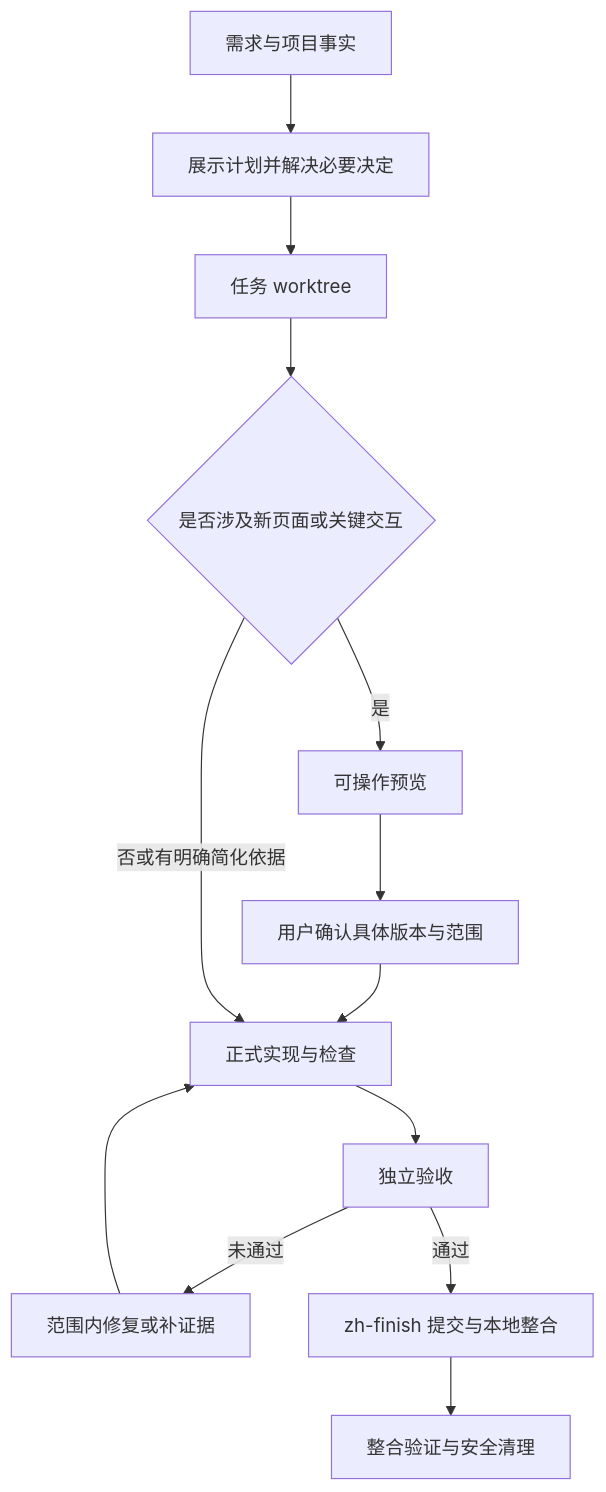
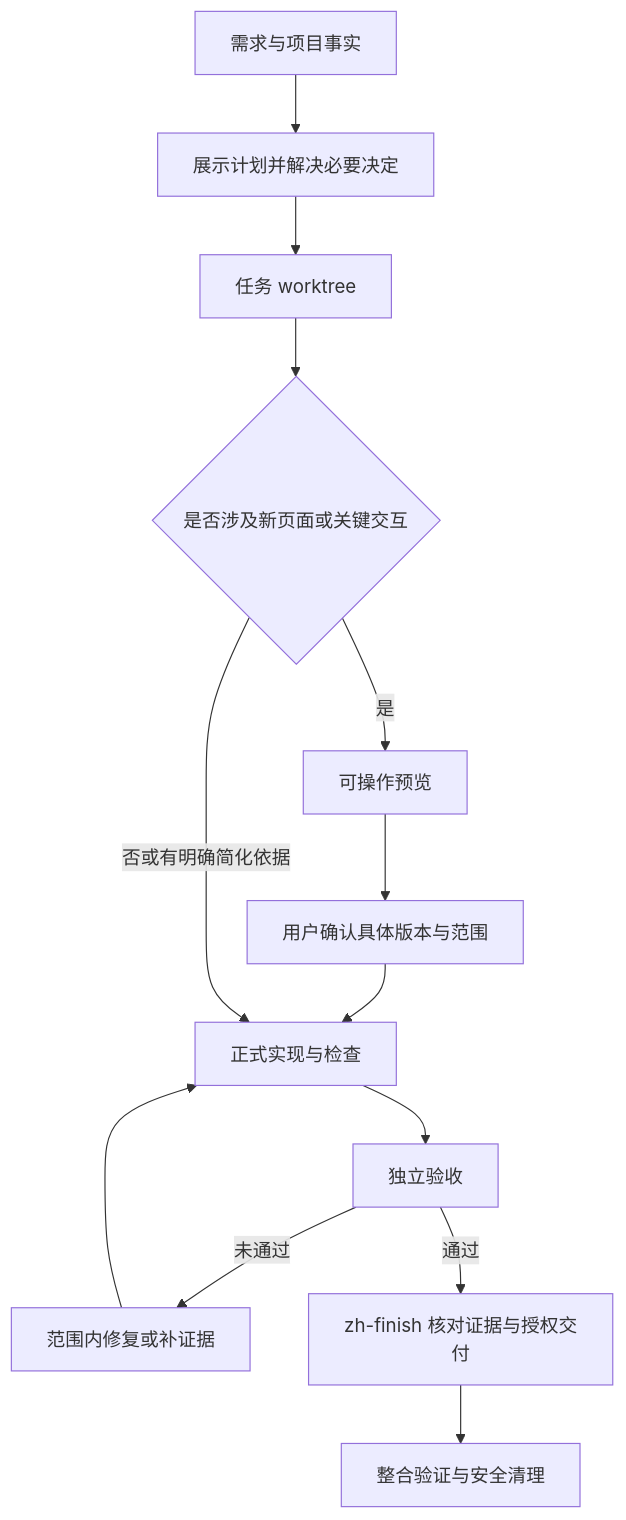
One commit to QZAiXH/zhiheng changed the diagram in README.md. Above: the diagram before and after it, drawn with Mermaid. The commit also changed other lines of this file and 2 other files, not shown here.

````diff
--- a/README.md
+++ b/README.md
@@ -155,15 +156,15 @@
 ```mermaid
 flowchart TD
     A[需求与项目事实] --> B[展示计划并解决必要决定]
     B --> C[任务 worktree]
     C --> D{是否涉及新页面或关键交互}
     D -->|是| E[可操作预览]
     E --> F[用户确认具体版本与范围]
     F --> G[正式实现与检查]
     D -->|否或有明确简化依据| G
     G --> H[独立验收]
     H -->|未通过| I[范围内修复或补证据]
     I --> G
-    H -->|通过| J[zh-finish 提交与本地整合]
+    H -->|通过| J[zh-finish 核对证据与授权交付]
     J --> K[整合验证与安全清理]
 ```
````
